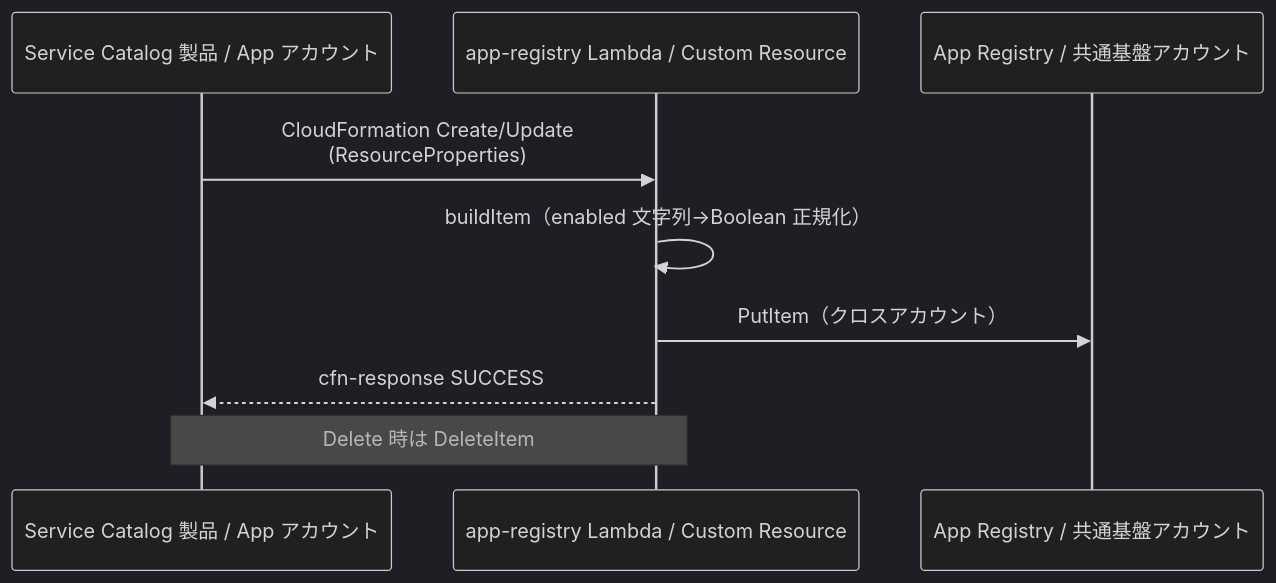
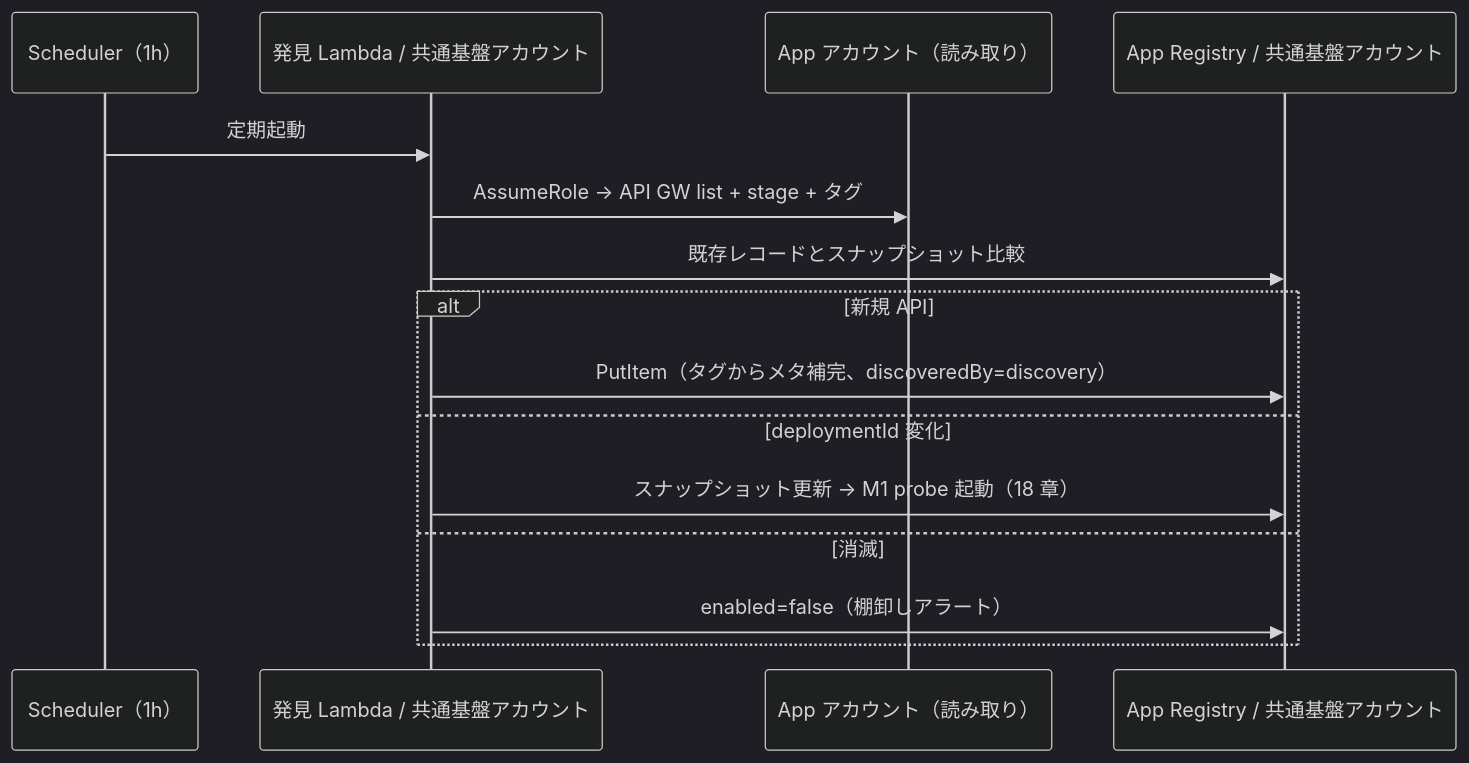
Before and after one commit to suepie/aws-atuh-poc: the diagram in doc/api-platform/basic-design/12-app-registry-design.md, drawn with Mermaid (dark theme). The commit also changed other lines of this file and 12 other files, not shown here.

````diff
--- a/doc/api-platform/basic-design/12-app-registry-design.md
+++ b/doc/api-platform/basic-design/12-app-registry-design.md
@@ -43,12 +46,18 @@
 ```mermaid
 sequenceDiagram
-    participant SC as Service Catalog 製品 / App アカウント
-    participant CR as app-registry Lambda / Custom Resource
+    participant SCH as Scheduler（1h）
+    participant DISC as 発見 Lambda / 共通基盤アカウント
+    participant APP as App アカウント（読み取り）
     participant DDB as App Registry / 共通基盤アカウント
 
-    SC->>CR: CloudFormation Create/Update<br/>(ResourceProperties)
-    CR->>CR: buildItem（enabled 文字列→Boolean 正規化）
-    CR->>DDB: PutItem（クロスアカウント）
-    CR-->>SC: cfn-response SUCCESS
-    Note over SC,CR: Delete 時は DeleteItem
+    SCH->>DISC: 定期起動
+    DISC->>APP: AssumeRole → API GW list + stage + タグ
+    DISC->>DDB: 既存レコードとスナップショット比較
+    alt 新規 API
+        DISC->>DDB: PutItem（タグからメタ補完、discoveredBy=discovery）
+    else deploymentId 変化
+        DISC->>DDB: スナップショット更新 → M1 probe 起動（18 章）
+    else 消滅
+        DISC->>DDB: enabled=false（棚卸しアラート）
+    end
 ```
````
